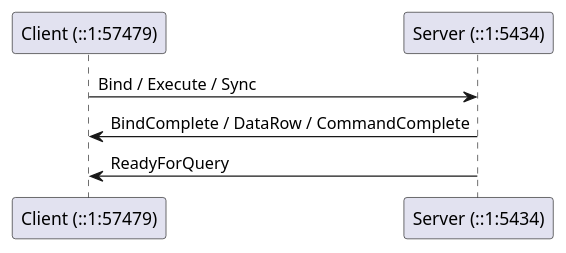
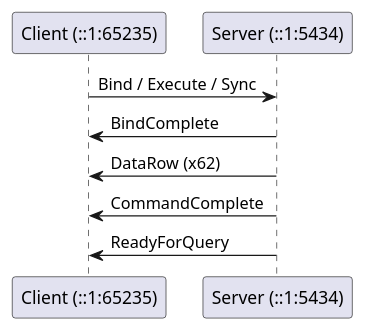
The third of 4 diagrams in docs/examples/exports/pagila-05-extended-query-named-prepared-statement/capture.plantuml.seq.md (xfischer/pg_protoexport), drawn with PlantUML before and after one commit. The commit also changed other lines of this file and 135 other files, not shown here.

````diff
--- a/docs/examples/exports/pagila-05-extended-query-named-prepared-statement/capture.plantuml.seq.md
+++ b/docs/examples/exports/pagila-05-extended-query-named-prepared-statement/capture.plantuml.seq.md
@@ -22,9 +24,11 @@
 ```plantuml
 @startuml
-participant "Client (::1:57479)" as C
+participant "Client (::1:65235)" as C
 participant "Server (::1:5434)" as S
 C -> S : Bind / Execute / Sync
-S -> C : BindComplete / DataRow / CommandComplete
+S -> C : BindComplete
+S -> C : DataRow (x62)
+S -> C : CommandComplete
 S -> C : ReadyForQuery
 @enduml
 ```
````
